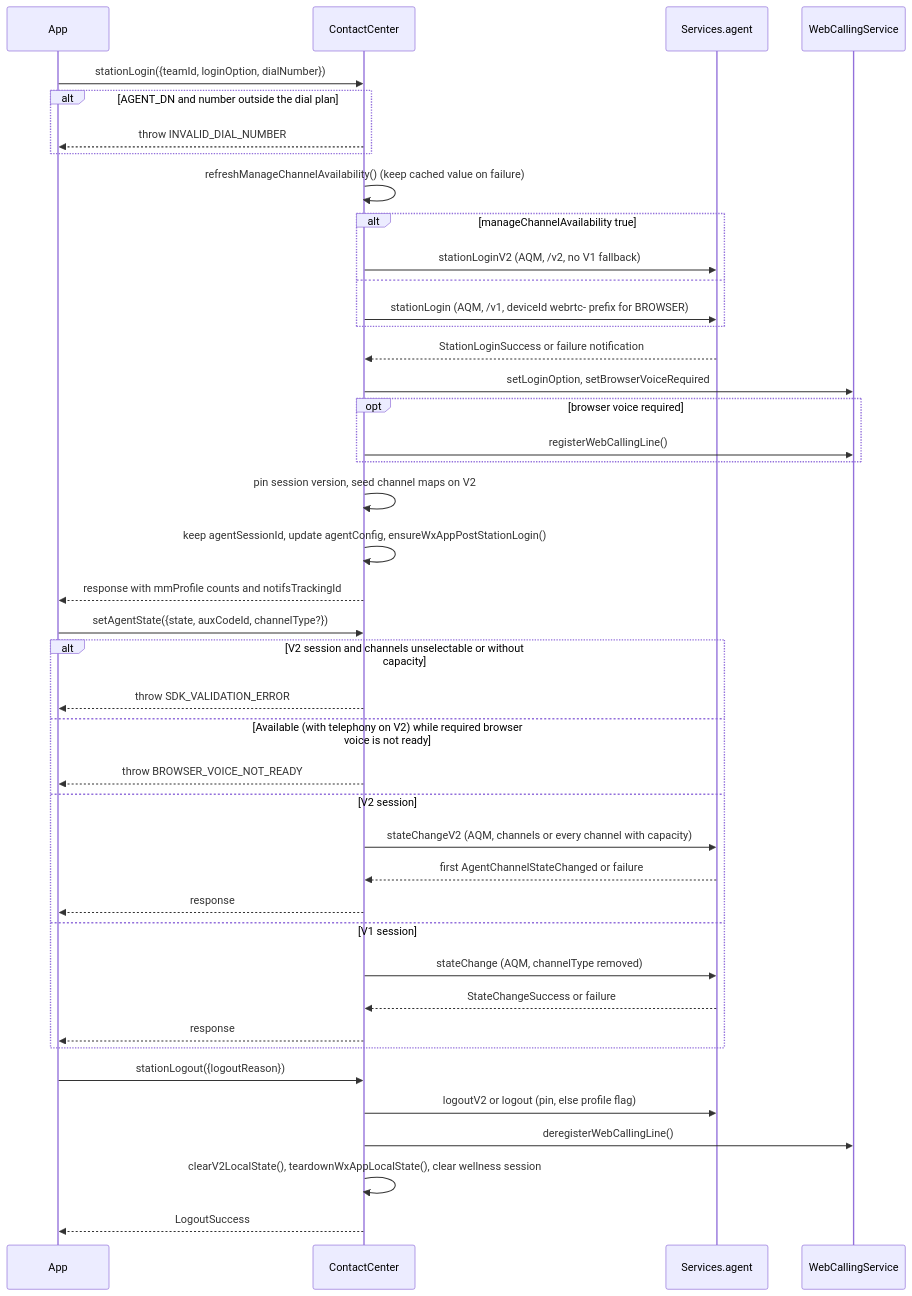
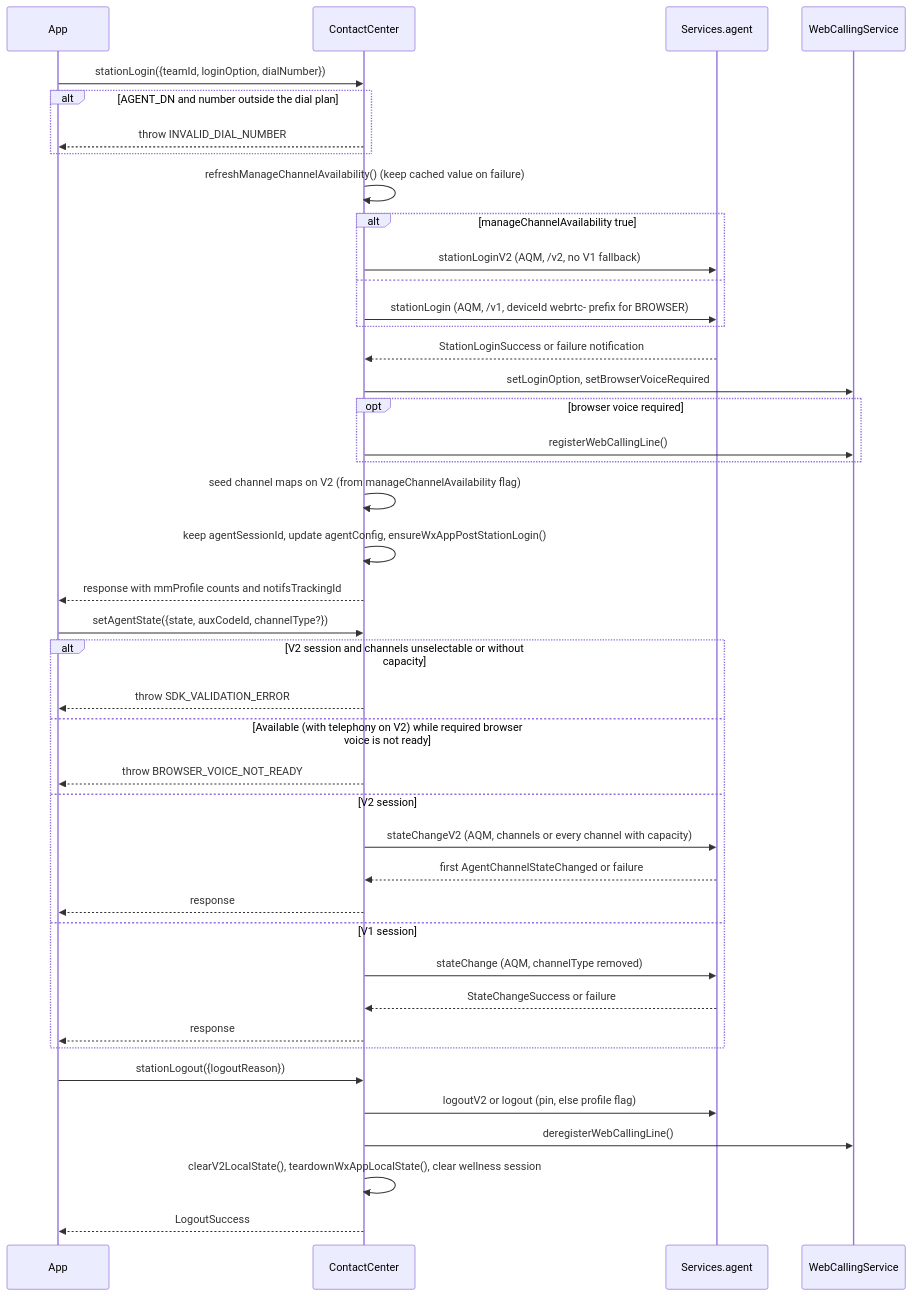
The fifth of 10 diagrams in packages/@webex/contact-center/src/docs/README.md (webex/webex-js-sdk), drawn with Mermaid before and after one commit. The commit also changed other lines of this file and 4 other files, not shown here.

First line of the commit message:
refactor(contact-center): remove pinnedVersion - use manageChannelAvailability directly

````diff
--- a/packages/@webex/contact-center/src/docs/README.md
+++ b/packages/@webex/contact-center/src/docs/README.md
@@ -406,44 +405,44 @@
 ```mermaid
 sequenceDiagram
   participant App
   participant CC as ContactCenter
   participant Agent as Services.agent
   participant Calling as WebCallingService
   App->>CC: stationLogin({teamId, loginOption, dialNumber})
   alt AGENT_DN and number outside the dial plan
     CC-->>App: throw INVALID_DIAL_NUMBER
   end
   CC->>CC: refreshManageChannelAvailability() (keep cached value on failure)
   alt manageChannelAvailability true
     CC->>Agent: stationLoginV2 (AQM, /v2, no V1 fallback)
   else
     CC->>Agent: stationLogin (AQM, /v1, deviceId webrtc- prefix for BROWSER)
   end
   Agent-->>CC: StationLoginSuccess or failure notification
   CC->>Calling: setLoginOption, setBrowserVoiceRequired
   opt browser voice required
     CC->>Calling: registerWebCallingLine()
   end
-  CC->>CC: pin session version, seed channel maps on V2
+  CC->>CC: seed channel maps on V2 (from manageChannelAvailability flag)
   CC->>CC: keep agentSessionId, update agentConfig, ensureWxAppPostStationLogin()
   CC-->>App: response with mmProfile counts and notifsTrackingId
   App->>CC: setAgentState({state, auxCodeId, channelType?})
   alt V2 session and channels unselectable or without capacity
     CC-->>App: throw SDK_VALIDATION_ERROR
   else Available (with telephony on V2) while required browser voice is not ready
     CC-->>App: throw BROWSER_VOICE_NOT_READY
   else V2 session
     CC->>Agent: stateChangeV2 (AQM, channels or every channel with capacity)
     Agent-->>CC: first AgentChannelStateChanged or failure
     CC-->>App: response
   else V1 session
     CC->>Agent: stateChange (AQM, channelType removed)
     Agent-->>CC: StateChangeSuccess or failure
     CC-->>App: response
   end
   App->>CC: stationLogout({logoutReason})
   CC->>Agent: logoutV2 or logout (pin, else profile flag)
   CC->>Calling: deregisterWebCallingLine()
   CC->>CC: clearV2LocalState(), teardownWxAppLocalState(), clear wellness session
   CC-->>App: LogoutSuccess
 ```
````
